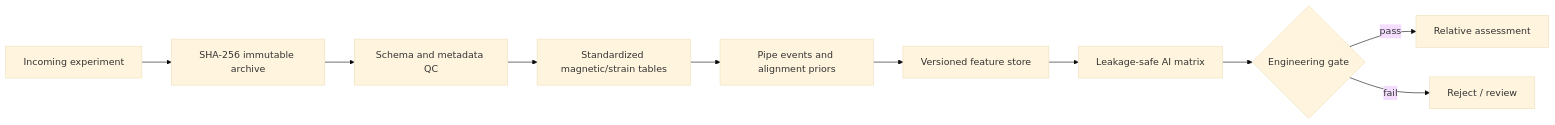
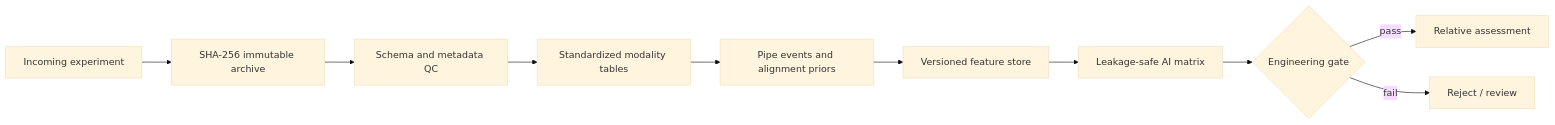
Before and after one commit to dctthree/pipe-stress-data-platform: the diagram in README.md, drawn with Mermaid (base theme). The commit also changed other lines of this file and 83 other files, not shown here.

````diff
--- a/README.md
+++ b/README.md
@@ -37,12 +60,12 @@
 ```mermaid
 flowchart LR
     A[Incoming experiment] --> B[SHA-256 immutable archive]
     B --> C[Schema and metadata QC]
-    C --> D[Standardized magnetic/strain tables]
+    C --> D[Standardized modality tables]
     D --> E[Pipe events and alignment priors]
     E --> F[Versioned feature store]
     F --> G[Leakage-safe AI matrix]
     G --> H{Engineering gate}
     H -->|pass| I[Relative assessment]
     H -->|fail| J[Reject / review]
 ```
````
